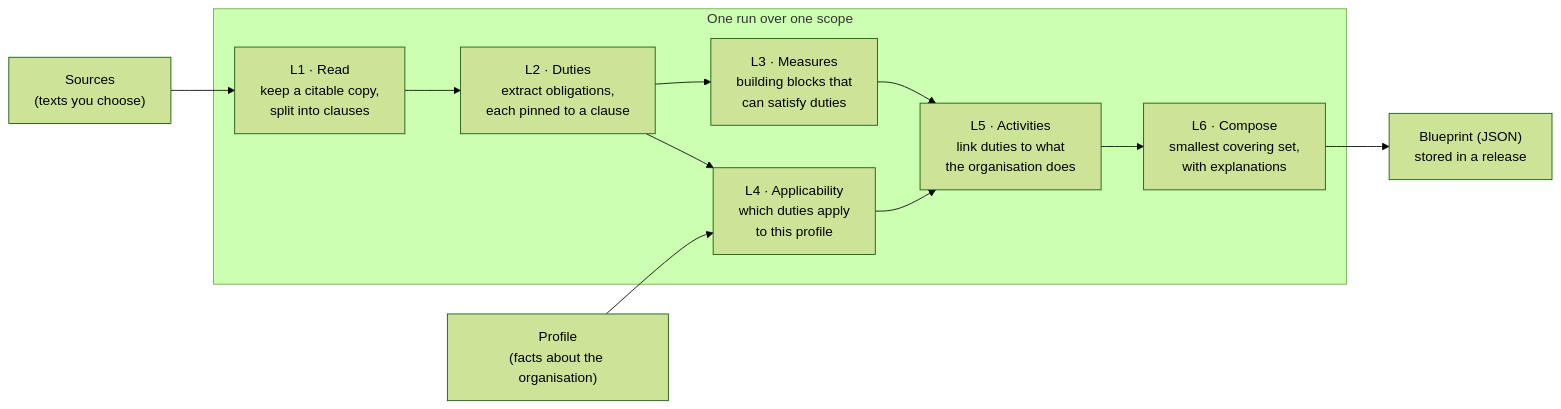
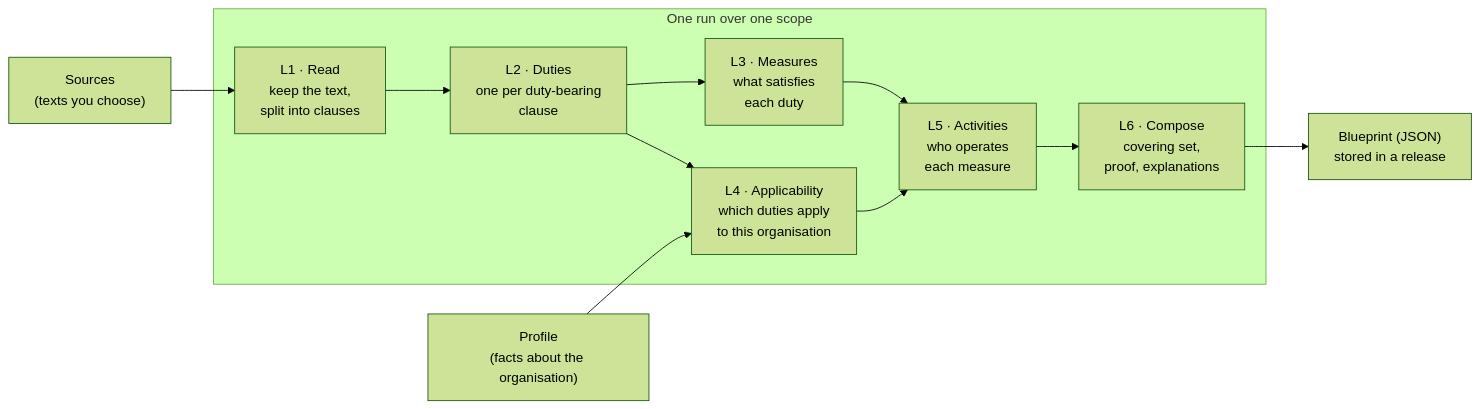
One commit to Reg42-ai/clhear changed the diagram in README.md. Above: the diagram before and after it, drawn with Mermaid (forest theme). The commit also changed other lines of this file and 17 other files, not shown here.

````diff
--- a/README.md
+++ b/README.md
@@ -34,14 +36,14 @@
 ```mermaid
 flowchart LR
     S["Sources<br/>(texts you choose)"] --> L1
     P["Profile<br/>(facts about the organisation)"] --> L4
     subgraph run["One run over one scope"]
-        L1["L1 · Read<br/>keep a citable copy,<br/>split into clauses"] --> L2["L2 · Duties<br/>extract obligations,<br/>each pinned to a clause"]
-        L2 --> L3["L3 · Measures<br/>building blocks that<br/>can satisfy duties"]
-        L2 --> L4["L4 · Applicability<br/>which duties apply<br/>to this profile"]
-        L3 --> L5["L5 · Activities<br/>link duties to what<br/>the organisation does"]
+        L1["L1 · Read<br/>keep the text,<br/>split into clauses"] --> L2["L2 · Duties<br/>one per duty-bearing<br/>clause"]
+        L2 --> L3["L3 · Measures<br/>what satisfies<br/>each duty"]
+        L2 --> L4["L4 · Applicability<br/>which duties apply<br/>to this organisation"]
+        L3 --> L5["L5 · Activities<br/>who operates<br/>each measure"]
         L4 --> L5
-        L5 --> L6["L6 · Compose<br/>smallest covering set,<br/>with explanations"]
+        L5 --> L6["L6 · Compose<br/>covering set,<br/>proof, explanations"]
     end
     L6 --> B["Blueprint (JSON)<br/>stored in a release"]
 ```
````
